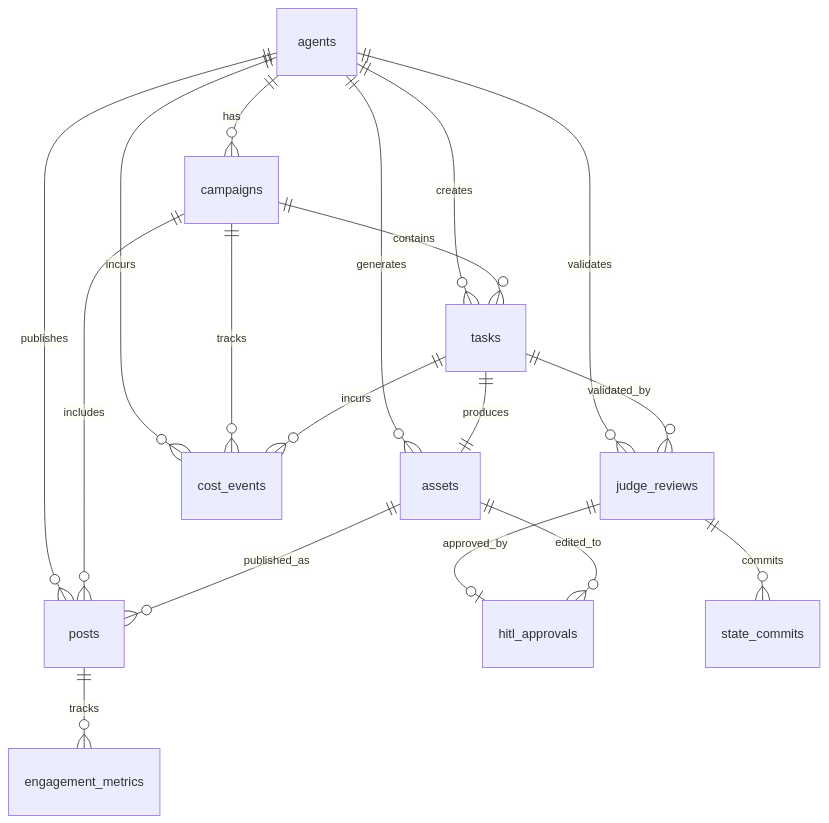
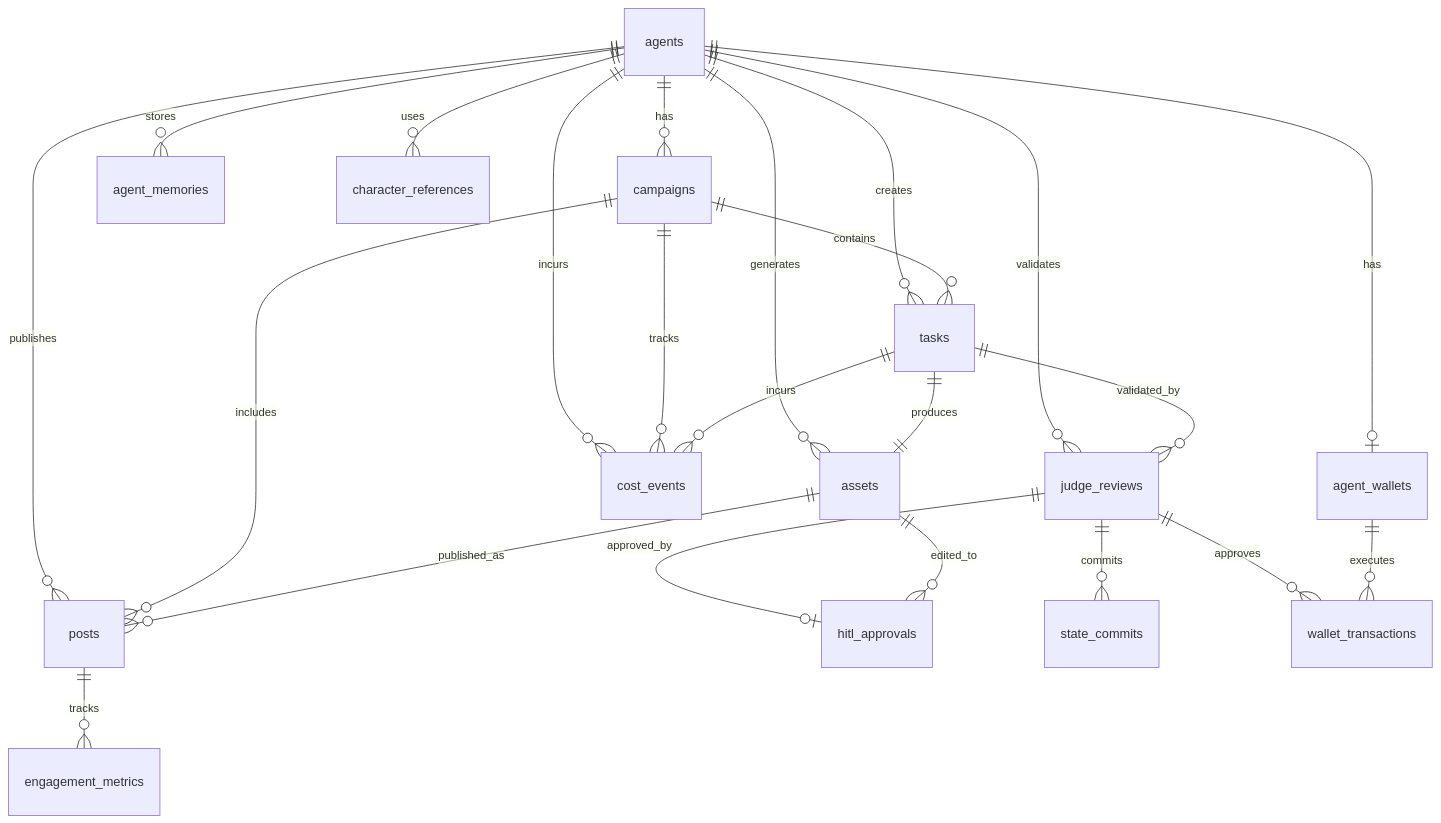
The diagram in specs/technical.md (gemechisworku/10-academy-chimera), drawn with Mermaid before and after one commit. The commit also changed other lines of this file, not shown here.

````diff
--- a/specs/technical.md
+++ b/specs/technical.md
@@ -859,26 +1329,32 @@
 ```mermaid
 erDiagram
     agents ||--o{ campaigns : "has"
     agents ||--o{ tasks : "creates"
     agents ||--o{ assets : "generates"
     agents ||--o{ posts : "publishes"
     agents ||--o{ judge_reviews : "validates"
     agents ||--o{ cost_events : "incurs"
+    agents ||--o| agent_wallets : "has"
+    agents ||--o{ agent_memories : "stores"
+    agents ||--o{ character_references : "uses"
     
     campaigns ||--o{ tasks : "contains"
     campaigns ||--o{ posts : "includes"
     campaigns ||--o{ cost_events : "tracks"
     
     tasks ||--|| assets : "produces"
     tasks ||--o{ judge_reviews : "validated_by"
     tasks ||--o{ cost_events : "incurs"
     
     assets ||--o{ posts : "published_as"
     
     posts ||--o{ engagement_metrics : "tracks"
     
     judge_reviews ||--o| hitl_approvals : "approved_by"
     judge_reviews ||--o{ state_commits : "commits"
+    judge_reviews ||--o{ wallet_transactions : "approves"
     
     assets ||--o{ hitl_approvals : "edited_to"
+    
+    agent_wallets ||--o{ wallet_transactions : "executes"
 ```
````
